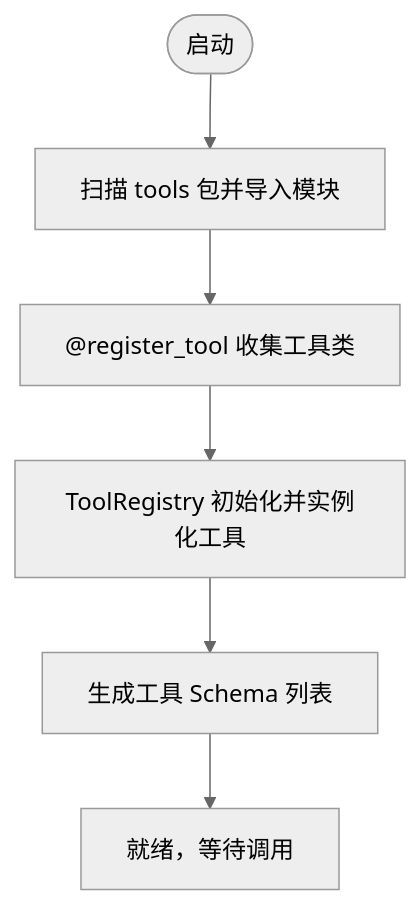
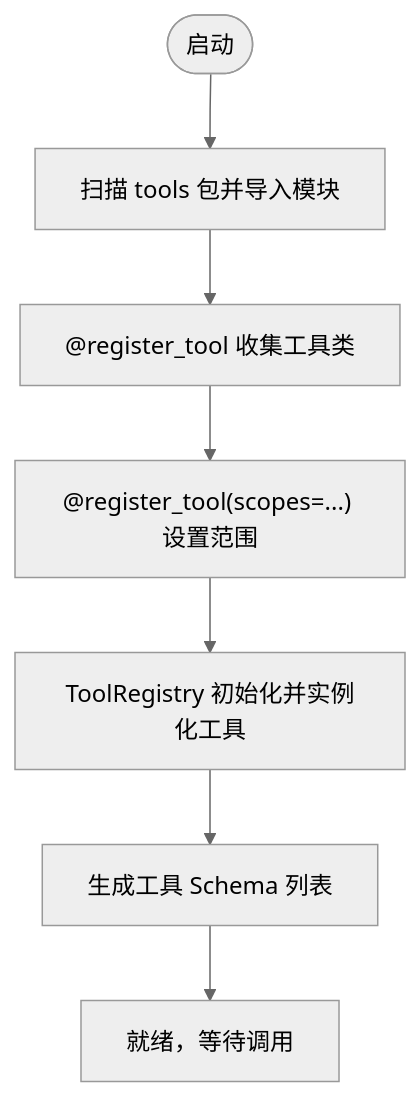
One commit to songlinhe5-lab/quant_agent changed the fifth of 12 diagrams in .qoder/repowiki/zh/content/AI智能代理系统/工具链集成系统/工具链集成系统.md. Above: the diagram before and after it, drawn with Mermaid (neutral theme). The commit also changed other lines of this file and 296 other files, not shown here.

````diff
--- a/.qoder/repowiki/zh/content/AI智能代理系统/工具链集成系统/工具链集成系统.md
+++ b/.qoder/repowiki/zh/content/AI智能代理系统/工具链集成系统/工具链集成系统.md
@@ -132,8 +216,9 @@
 ```mermaid
 flowchart TD
 Start(["启动"]) --> Scan["扫描 tools 包并导入模块"]
 Scan --> Register["@register_tool 收集工具类"]
-Register --> Init["ToolRegistry 初始化并实例化工具"]
+Register --> Scope["@register_tool(scopes=...) 设置范围"]
+Scope --> Init["ToolRegistry 初始化并实例化工具"]
 Init --> Schema["生成工具 Schema 列表"]
 Schema --> Ready["就绪，等待调用"]
 ```
````
